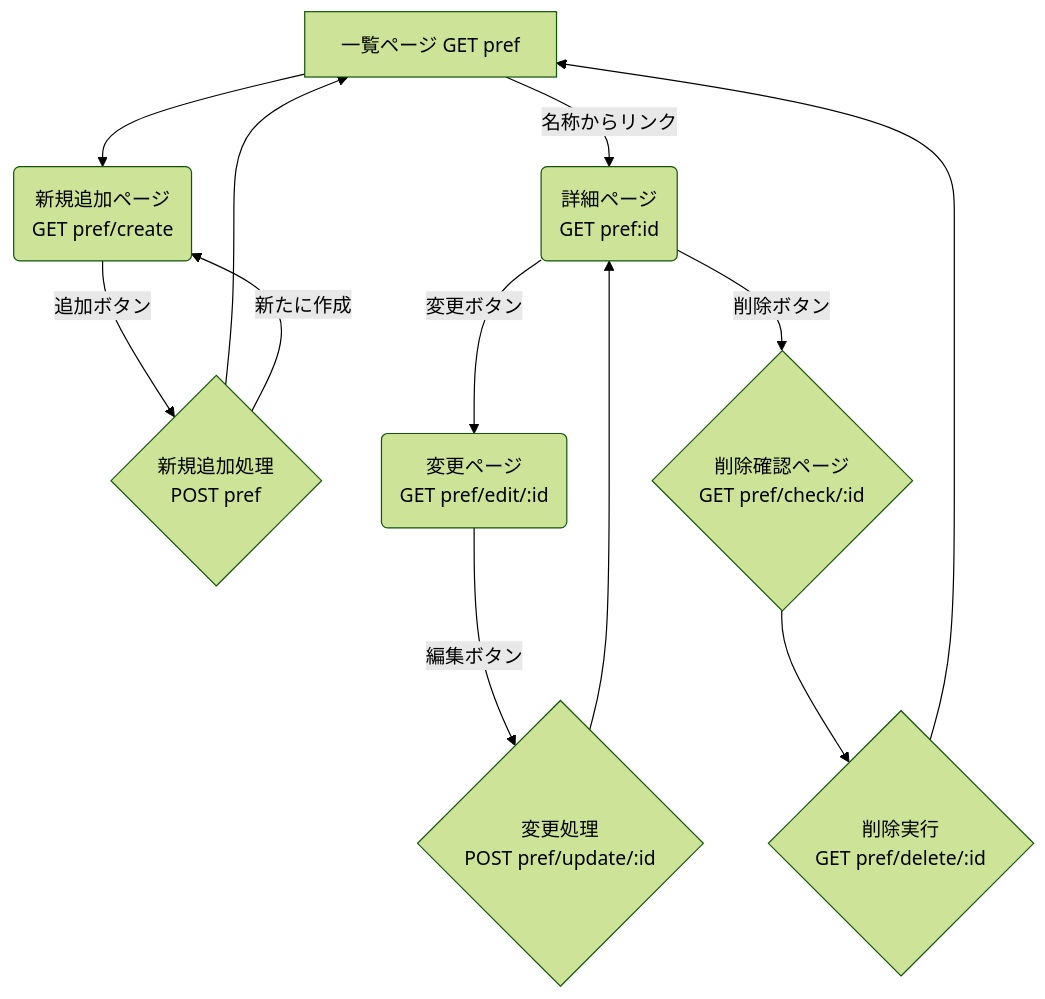
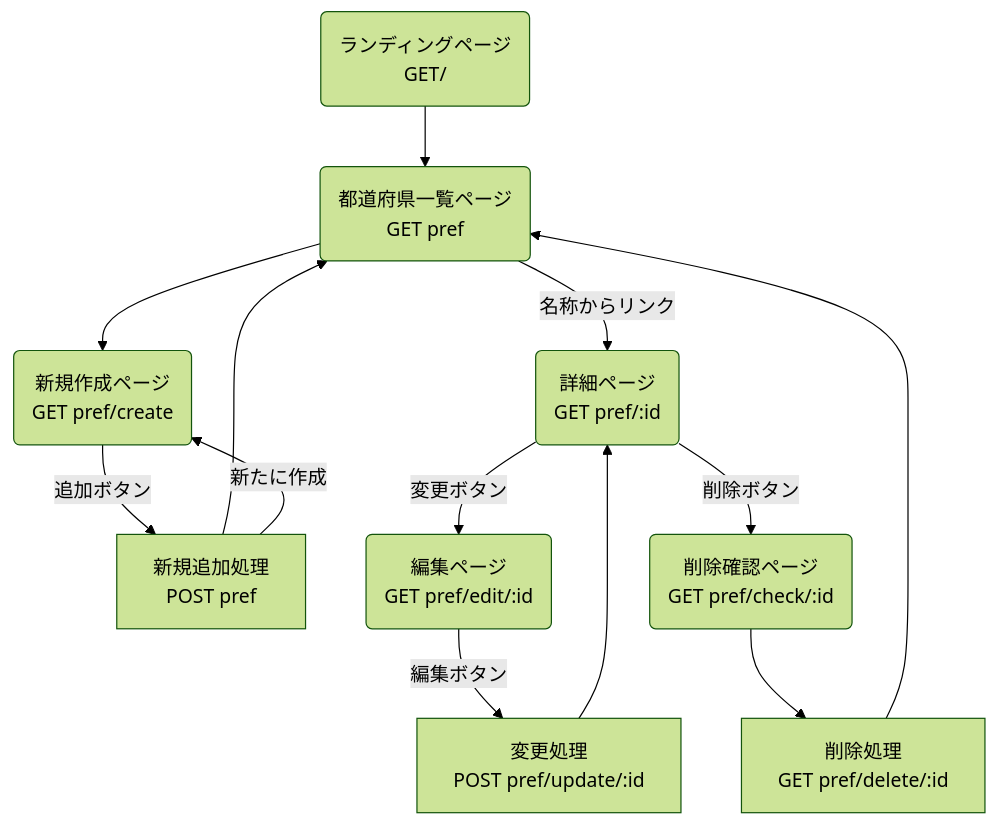
The diagram in document/fig/dev_pref/flowchart.md (crab2424/webpro_submit), drawn with Mermaid (forest theme) before and after one commit. The commit also changed 9 other files, not shown here.

````diff
--- a/document/fig/dev_pref/flowchart.md
+++ b/document/fig/dev_pref/flowchart.md
@@ -1,20 +1,21 @@
 ```mermaid
 graph TD
-    A[一覧ページ GET pref] --> |名称からリンク|B(詳細ページ<br>GET pref:id);
-    A --> C(新規追加ページ<br>GET pref/create);
+    L(ランディングページ<br>GET/);
+    L --> A(都道府県一覧ページ<br>GET pref) --> |名称からリンク|B(詳細ページ<br>GET pref/:id);
+    A --> C(新規作成ページ<br>GET pref/create);
 
-    C --> |追加ボタン|D{新規追加処理<br>POST pref};
+    C --> |追加ボタン|D[新規追加処理<br>POST pref];
     D --> A;
     D --> |新たに作成|C;
 
-    B --> |変更ボタン|E(変更ページ<br>GET pref/edit/:id);
-    B --> |削除ボタン|F{削除確認ページ<br>GET pref/check/:id};
+    B --> |変更ボタン|E(編集ページ<br>GET pref/edit/:id);
+    B --> |削除ボタン|F(削除確認ページ<br>GET pref/check/:id);
 
-    E --> |編集ボタン|G{変更処理<br>POST pref/update/:id};
-    F --> H{削除実行<br>GET pref/delete/:id};
+    E --> |編集ボタン|G[変更処理<br>POST pref/update/:id];
+    F --> H[削除処理<br>GET pref/delete/:id];
 
     G --> B;
     H --> A;
 
 
 ```
````
